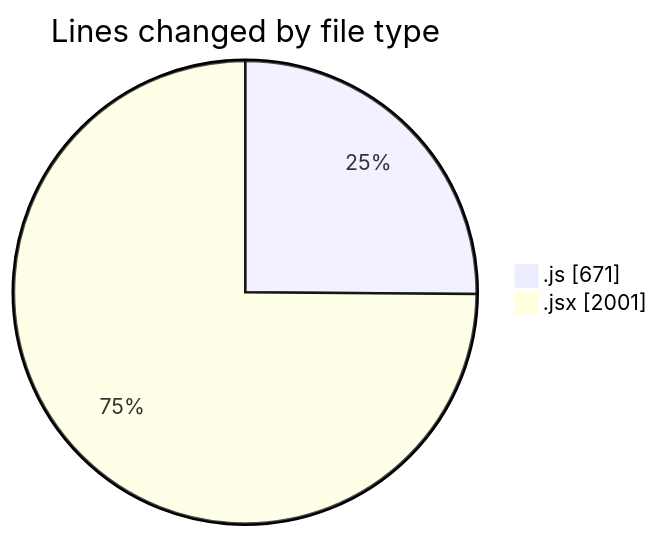
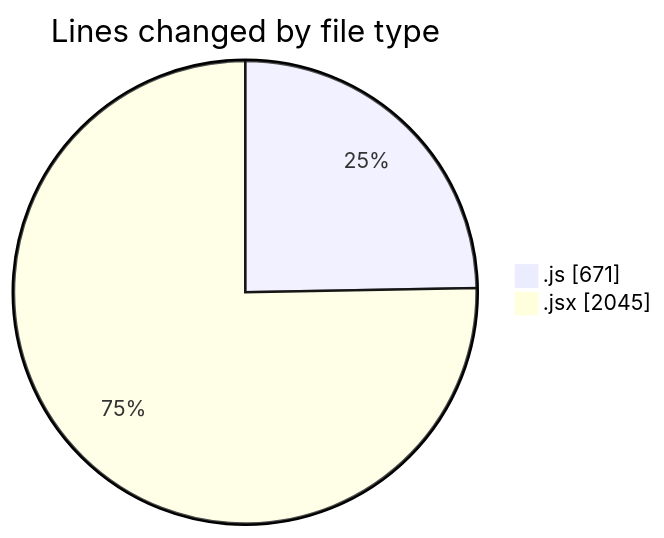
One commit to nxtqubesakshisongat/code-tracking changed the first of 2 diagrams in 2025-07-02/argos/README.md. Above: the diagram before and after it, drawn with Mermaid. The commit also changed other lines of this file and 1 other file, not shown here.

````diff
--- a/2025-07-02/argos/README.md
+++ b/2025-07-02/argos/README.md
@@ -26,6 +26,6 @@
 ```mermaid
 pie showData
 title Lines changed by file type
 ".js" : 671
-".jsx" : 2001
+".jsx" : 2045
 ```
````
